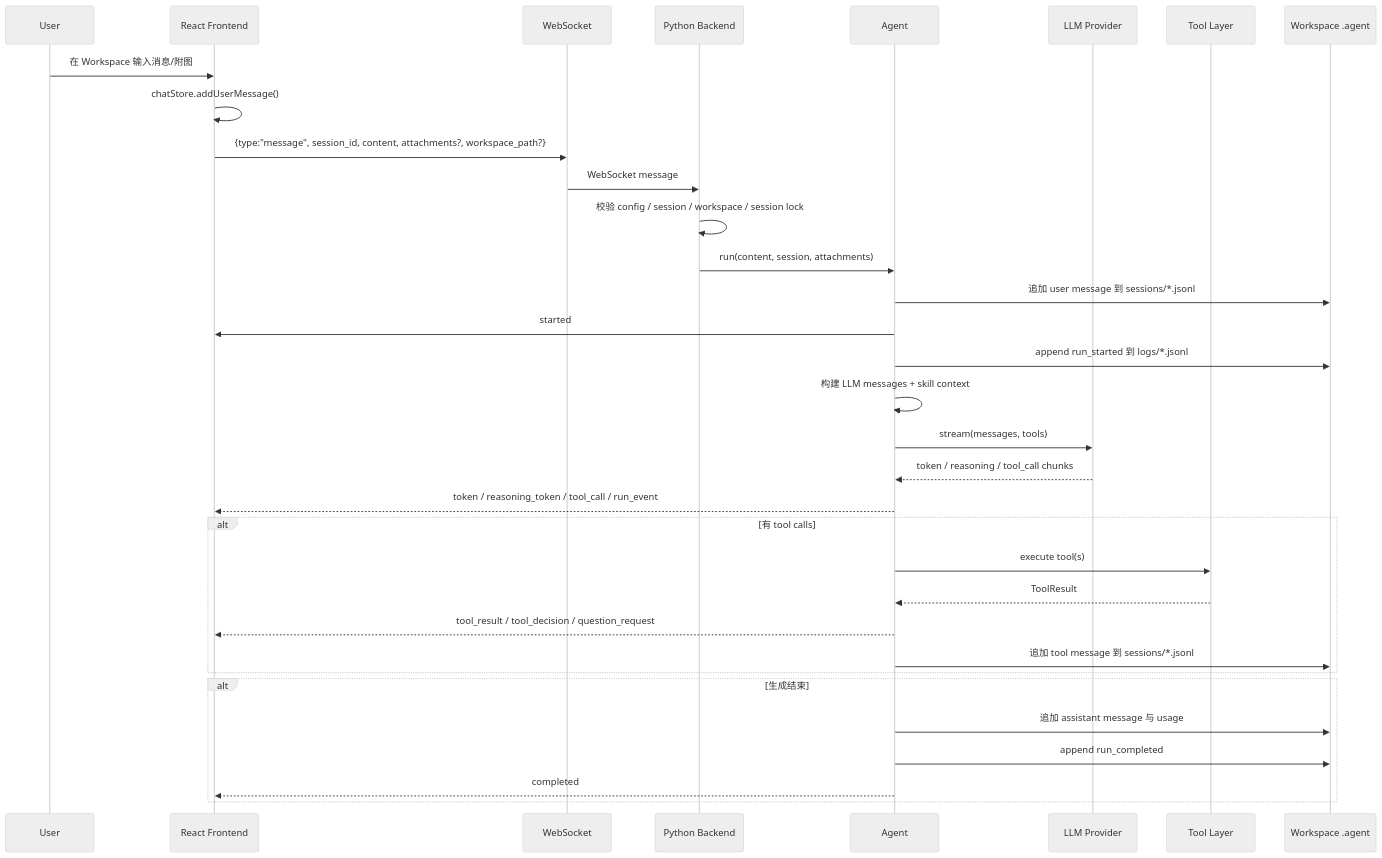
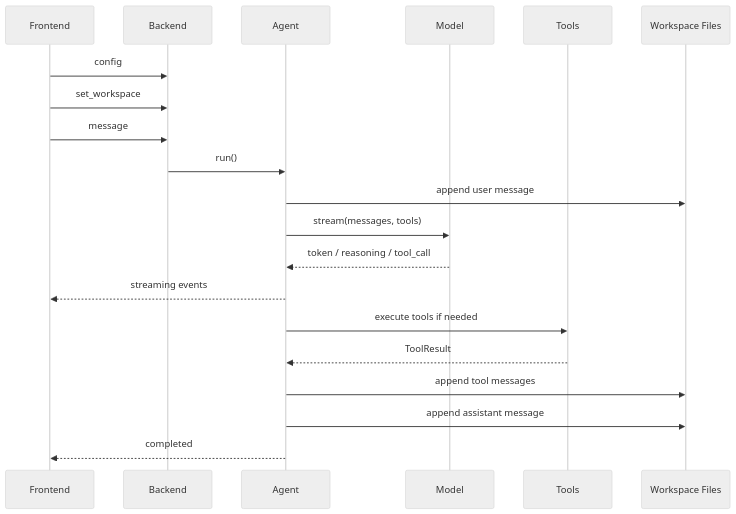
Before and after one commit to ChqJourney/simple_agent: the second of 2 diagrams in architecture.md, drawn with Mermaid (neutral theme). The commit also changed other lines of this file and 31 other files, not shown here.

````diff
--- a/architecture.md
+++ b/architecture.md
@@ -153,36 +421,23 @@
 ```mermaid
 sequenceDiagram
-    participant U as User
-    participant FE as React Frontend
-    participant WS as WebSocket
-    participant BE as Python Backend
+    participant FE as Frontend
+    participant BE as Backend
     participant AG as Agent
-    participant LLM as LLM Provider
-    participant TL as Tool Layer
-    participant FS as Workspace .agent
+    participant LLM as Model
+    participant TL as Tools
+    participant FS as Workspace Files
 
-    U->>FE: 在 Workspace 输入消息/附图
-    FE->>FE: chatStore.addUserMessage()
-    FE->>WS: {type:"message", session_id, content, attachments?, workspace_path?}
-    WS->>BE: WebSocket message
-    BE->>BE: 校验 config / session / workspace / session lock
-    BE->>AG: run(content, session, attachments)
-    AG->>FS: 追加 user message 到 sessions/*.jsonl
-    AG->>FE: started
-    AG->>FS: append run_started 到 logs/*.jsonl
-    AG->>AG: 构建 LLM messages + skill context
+    FE->>BE: config
+    FE->>BE: set_workspace
+    FE->>BE: message
+    BE->>AG: run()
+    AG->>FS: append user message
     AG->>LLM: stream(messages, tools)
-    LLM-->>AG: token / reasoning / tool_call chunks
-    AG-->>FE: token / reasoning_token / tool_call / run_event
-    alt 有 tool calls
-        AG->>TL: execute tool(s)
-        TL-->>AG: ToolResult
-        AG-->>FE: tool_result / tool_decision / question_request
-        AG->>FS: 追加 tool message 到 sessions/*.jsonl
-    end
-    alt 生成结束
-        AG->>FS: 追加 assistant message 与 usage
-        AG->>FS: append run_completed
-        AG-->>FE: completed
-    end
+    LLM-->>AG: token / reasoning / tool_call
+    AG-->>FE: streaming events
+    AG->>TL: execute tools if needed
+    TL-->>AG: ToolResult
+    AG->>FS: append tool messages
+    AG->>FS: append assistant message
+    AG-->>FE: completed
 ```
````
